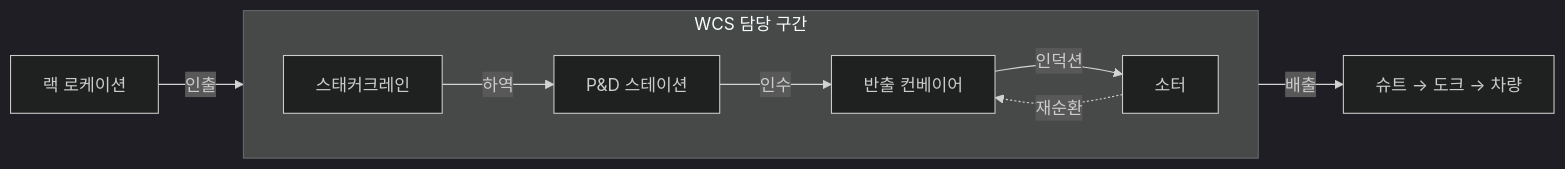
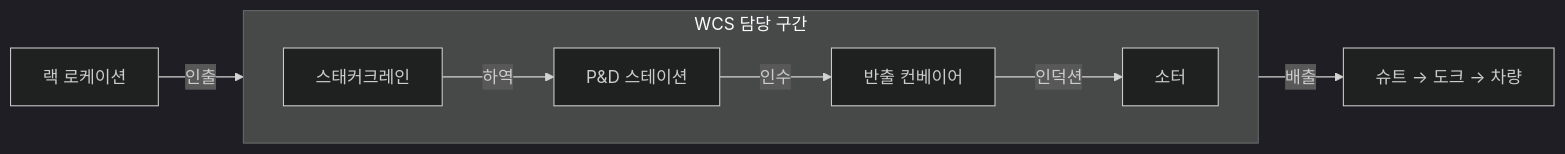
Before and after one commit to hhhj-bot/wcs-poc: the first of 3 diagrams in README.md, drawn with Mermaid (dark theme). The commit also changed other lines of this file and 10 other files, not shown here.

````diff
--- a/README.md
+++ b/README.md
@@ -36,19 +42,18 @@
 ```mermaid
 flowchart LR
     RACK["랙 로케이션"]
     subgraph WCS ["WCS 담당 구간"]
         direction LR
         CRANE["스태커크레인"]
         PND["P&D 스테이션"]
         CONV["반출 컨베이어"]
         SORTER["소터"]
     end
     CHUTE["슈트 → 도크 → 차량"]
 
     RACK -->|인출| CRANE
     CRANE -->|하역| PND
     PND -->|인수| CONV
     CONV -->|인덕션| SORTER
     SORTER -->|배출| CHUTE
-    SORTER -.->|재순환| CONV
 ```
````
